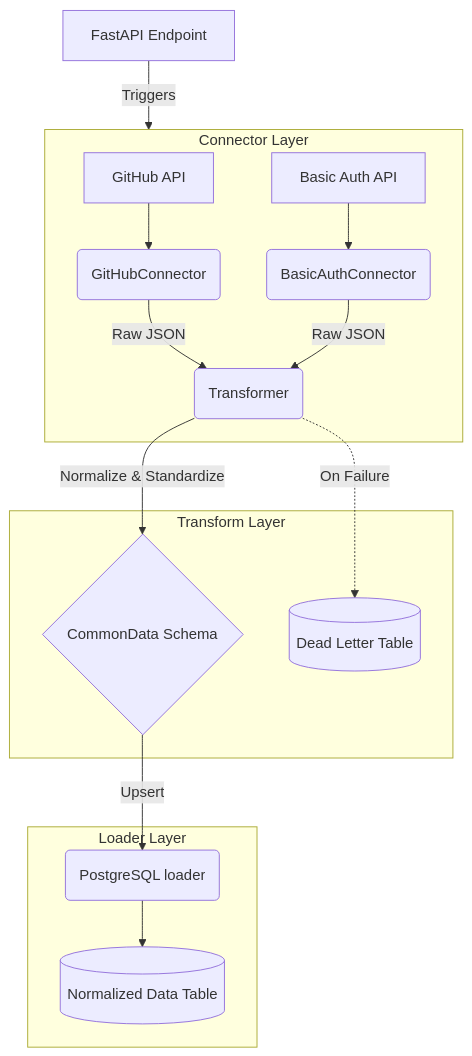
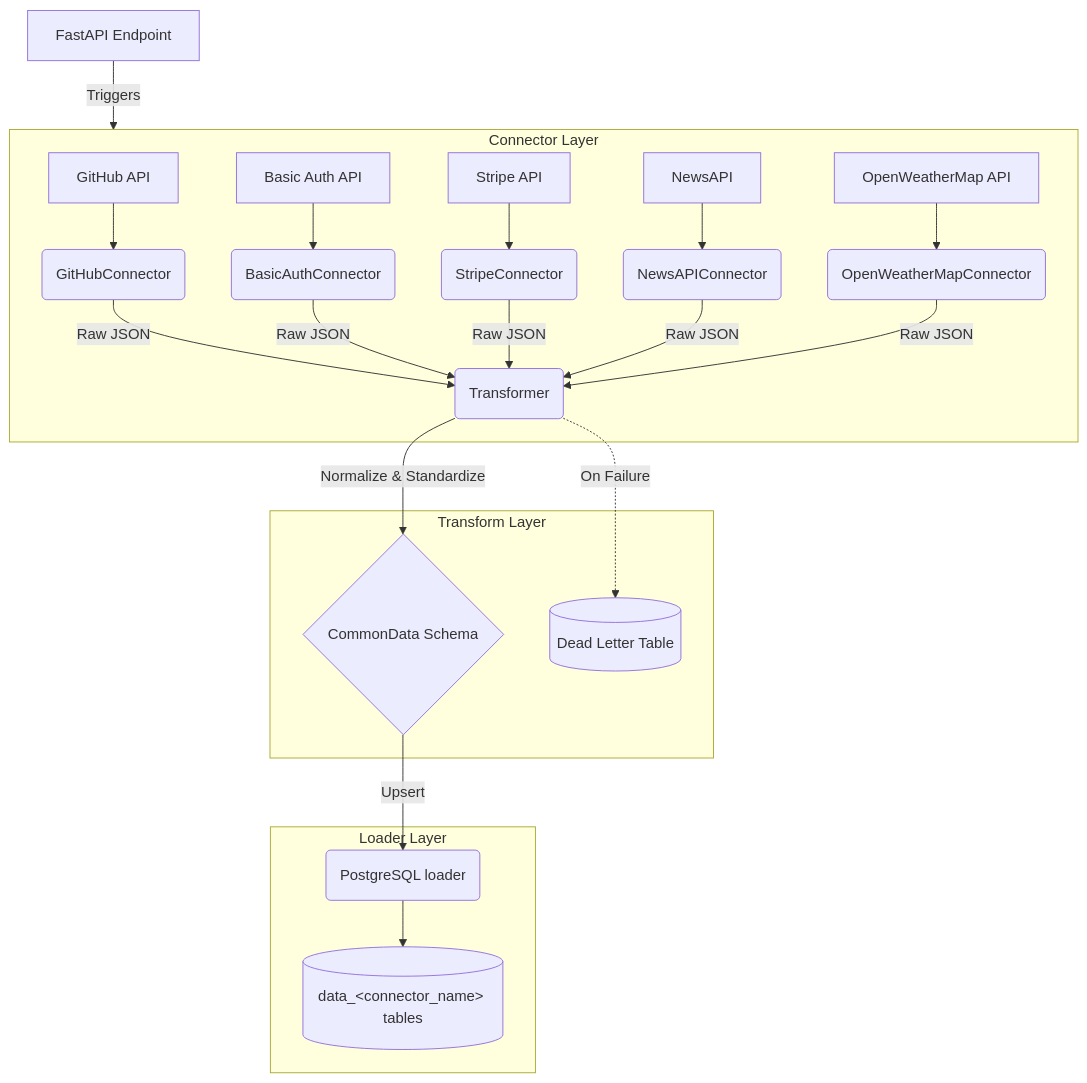
One commit to Sudhadithya/Multi-Source-Data-Connector-Pipeline changed the diagram in README.md. Above: the diagram before and after it, drawn with Mermaid. The commit also changed other lines of this file, not shown here.

Commit message:
docs: update README for Stripe/NewsAPI/OpenWeatherMap connectors
Architecture diagram and connector list had drifted from the code
(still showed only GitHub/BasicAuth and a single normalized table
instead of the per-source data_<connector_name> tables).

````diff
--- a/README.md
+++ b/README.md
@@ -9,21 +9,27 @@
 ```mermaid
 graph TD
     subgraph Connectors [Connector Layer]
-        A[GitHub API] --> C(GitHubConnector)
-        B[Basic Auth API] --> D(BasicAuthConnector)
-        C -->|Raw JSON| E
-        D -->|Raw JSON| E
+        A[GitHub API] --> CA(GitHubConnector)
+        B[Basic Auth API] --> CB(BasicAuthConnector)
+        C[Stripe API] --> CC(StripeConnector)
+        D[NewsAPI] --> CD(NewsAPIConnector)
+        F[OpenWeatherMap API] --> CF(OpenWeatherMapConnector)
+        CA -->|Raw JSON| E
+        CB -->|Raw JSON| E
+        CC -->|Raw JSON| E
+        CD -->|Raw JSON| E
+        CF -->|Raw JSON| E
     end
 
     subgraph Transform [Transform Layer]
-        E(Transformer) -->|Normalize & Standardize| F{CommonData Schema}
+        E(Transformer) -->|Normalize & Standardize| G{CommonData Schema}
         E -.->|On Failure| J[(Dead Letter Table)]
     end
 
     subgraph Loader [Loader Layer]
-        F -->|Upsert| G(PostgreSQL loader)
-        G --> H[(Normalized Data Table)]
+        G -->|Upsert| H(PostgreSQL loader)
+        H --> I[(data_&lt;connector_name&gt; tables)]
     end
 
     API[FastAPI Endpoint] -->|Triggers| Connectors
 ```
````
